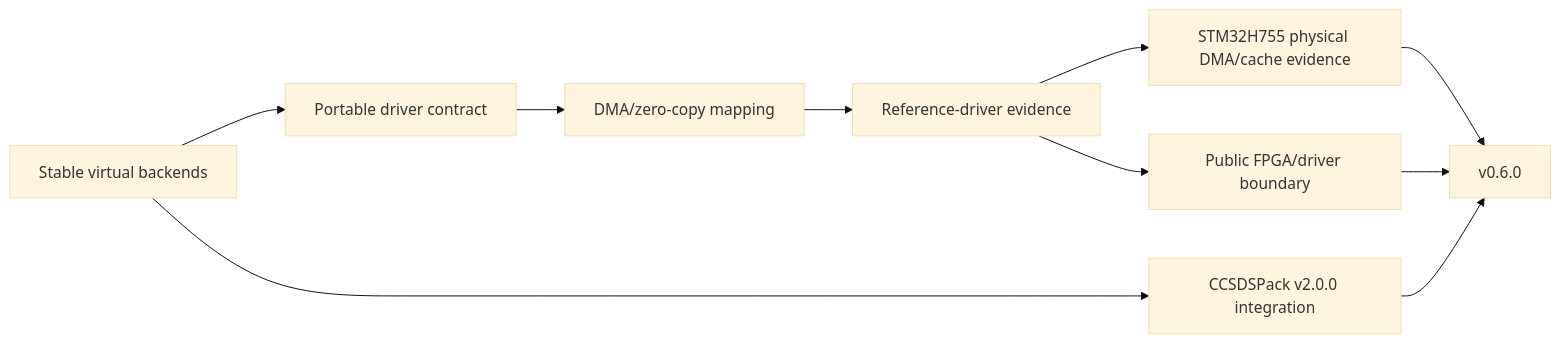
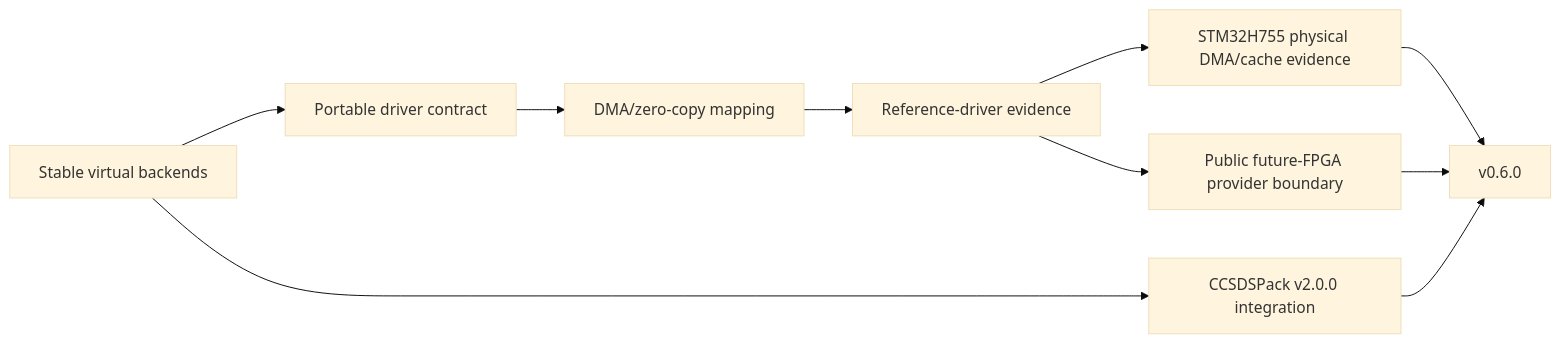
One commit to ExoSpaceLabs/spwkit changed the diagram in docs/roadmap.md. Above: the diagram before and after it, drawn with Mermaid (base theme). The commit also changed other lines of this file, not shown here.

Commit message:
docs(spwkit): add v0.6.1 roadmap milestone

````diff
--- a/docs/roadmap.md
+++ b/docs/roadmap.md
@@ -47,12 +47,12 @@
 ```mermaid
 flowchart LR
     VIRT[Stable virtual backends] --> DRIVER[Portable driver contract]
     DRIVER --> DMA[DMA/zero-copy mapping]
     DMA --> REF[Reference-driver evidence]
     REF --> STM[STM32H755 physical DMA/cache evidence]
-    REF --> FPGA[Public FPGA/driver boundary]
+    REF --> FPGA[Public future-FPGA provider boundary]
     VIRT --> CCSDS[CCSDSPack v2.0.0 integration]
     STM --> REL[v0.6.0]
     FPGA --> REL
     CCSDS --> REL
 ```
````
